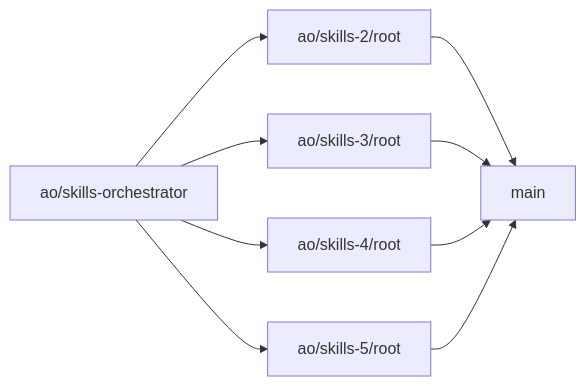
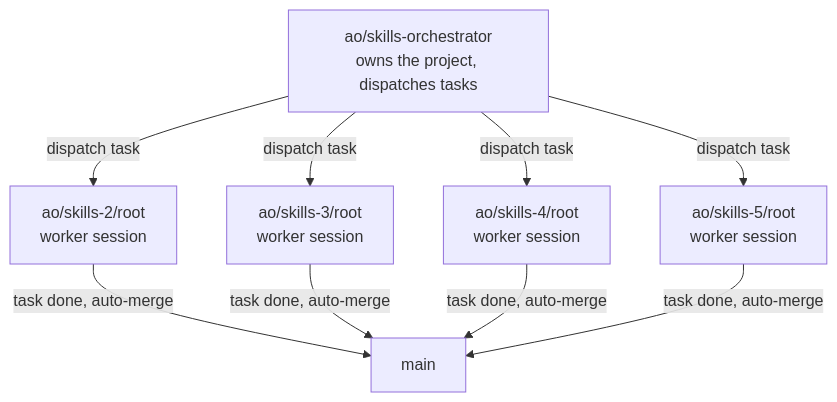
One commit to SIDDHANTCOOKIE/SkillCheck changed the diagram in docs/ao.md. Above: the diagram before and after it, drawn with Mermaid. The commit also changed other lines of this file and 3 other files, not shown here.

First line of the commit message:
Expand docs/ao.md and rename design.md to architecture.md

````diff
--- a/docs/ao.md
+++ b/docs/ao.md
@@ -21,11 +26,12 @@
 ```mermaid
-flowchart LR
-    O[ao/skills-orchestrator] --> W2[ao/skills-2/root]
-    O --> W3[ao/skills-3/root]
-    O --> W4[ao/skills-4/root]
-    O --> W5[ao/skills-5/root]
-    W2 --> M[main]
-    W3 --> M
-    W4 --> M
-    W5 --> M
+flowchart TD
+    O["ao/skills-orchestrator<br/>owns the project, dispatches tasks"]
+    O -- dispatch task --> W2["ao/skills-2/root<br/>worker session"]
+    O -- dispatch task --> W3["ao/skills-3/root<br/>worker session"]
+    O -- dispatch task --> W4["ao/skills-4/root<br/>worker session"]
+    O -- dispatch task --> W5["ao/skills-5/root<br/>worker session"]
+    W2 -- task done, auto-merge --> M[main]
+    W3 -- task done, auto-merge --> M
+    W4 -- task done, auto-merge --> M
+    W5 -- task done, auto-merge --> M
 ```
````
